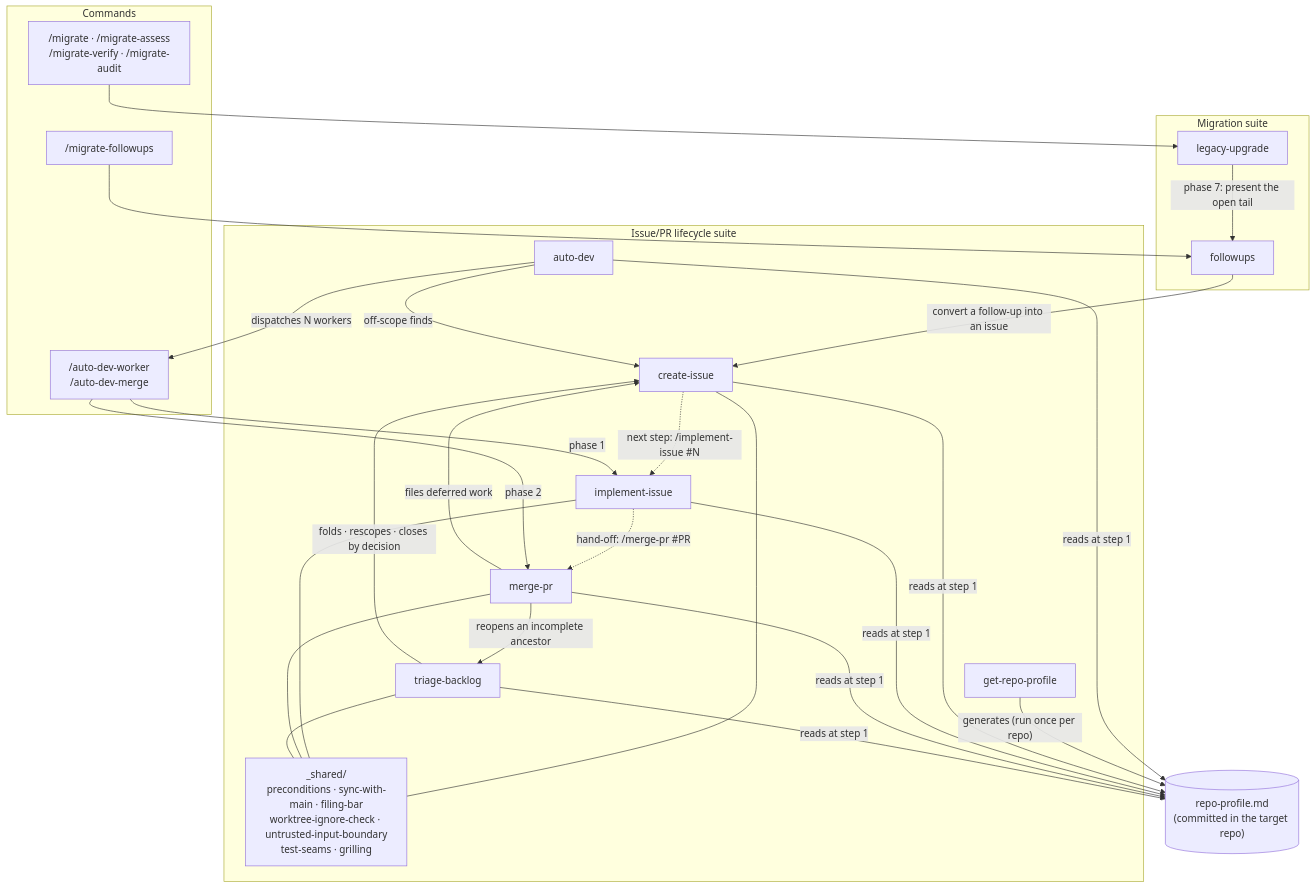
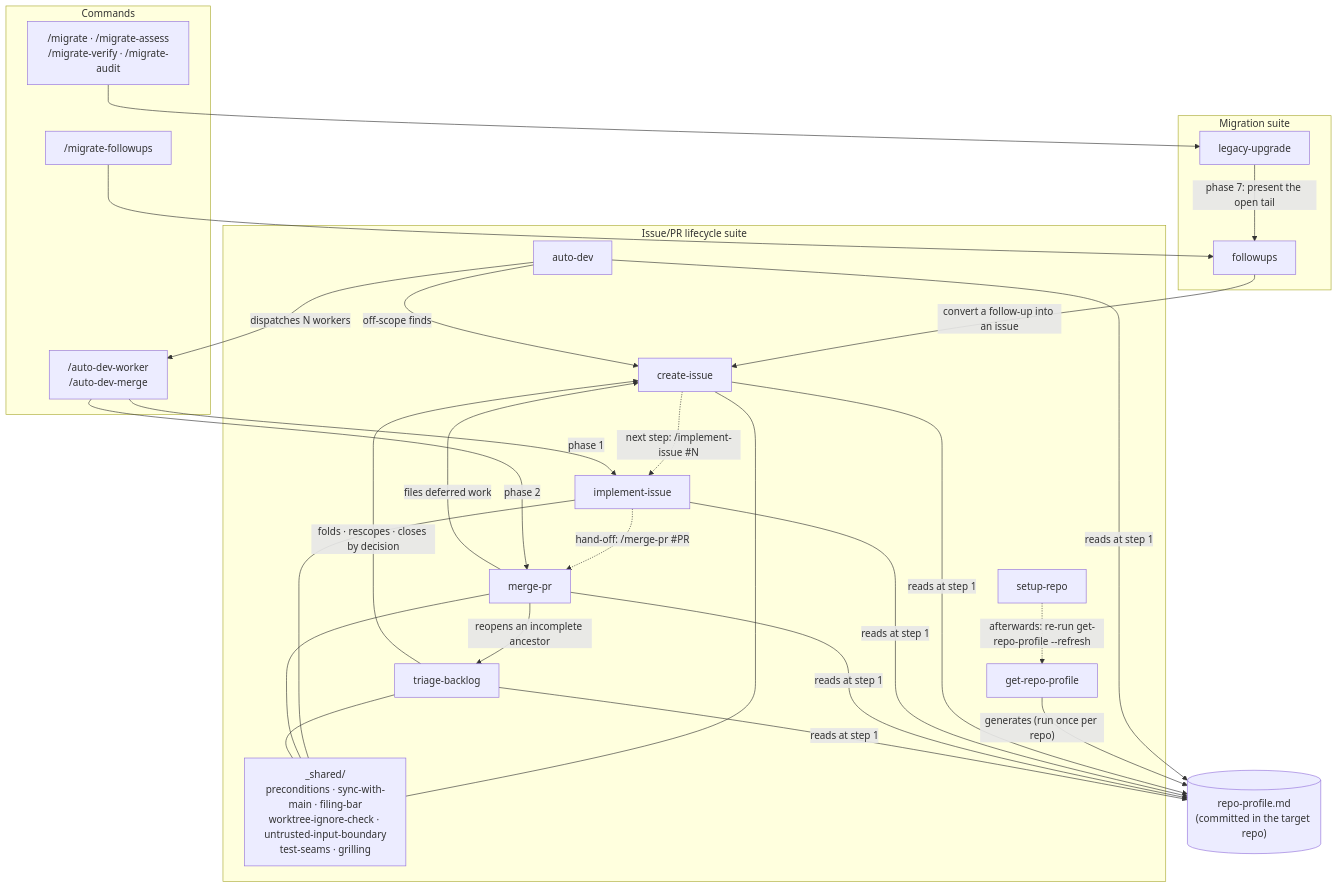
The first of 2 diagrams in ARCHITECTURE.md (phmatray/ai-migration-kit), drawn with Mermaid before and after one commit. The commit also changed other lines of this file, not shown here.

Commit message:
feat(docs): document setup-repo as its own skill in the architecture diagrams (#279)

````diff
--- a/ARCHITECTURE.md
+++ b/ARCHITECTURE.md
@@ -15,49 +15,51 @@
 ```mermaid
 graph TD
     subgraph commands ["Commands"]
         M["/migrate · /migrate-assess<br>/migrate-verify · /migrate-audit"]
         MF["/migrate-followups"]
         AW["/auto-dev-worker<br>/auto-dev-merge"]
     end
 
     subgraph migration ["Migration suite"]
         LU[legacy-upgrade]
         FU[followups]
     end
 
     subgraph lifecycle ["Issue/PR lifecycle suite"]
         AD[auto-dev]
         CI[create-issue]
         II[implement-issue]
         MP[merge-pr]
         TB[triage-backlog]
         RP[get-repo-profile]
+        SR[setup-repo]
         SH["_shared/<br>preconditions · sync-with-main · filing-bar<br>worktree-ignore-check · untrusted-input-boundary<br>test-seams · grilling"]
     end
 
     PROF[("repo-profile.md<br>(committed in the target repo)")]
 
     M --> LU
     MF --> FU
     LU -- "phase 7: present the open tail" --> FU
     FU -- "convert a follow-up into an issue" --> CI
     CI -. "next step: /implement-issue #N" .-> II
     II -. "hand-off: /merge-pr #PR" .-> MP
     MP -- "files deferred work" --> CI
     AD -- "dispatches N workers" --> AW
     AW -- "phase 1" --> II
     AW -- "phase 2" --> MP
     AD -- "off-scope finds" --> CI
     AD -- "reads at step 1" --> PROF
     RP -- "generates (run once per repo)" --> PROF
+    SR -. "afterwards: re-run get-repo-profile --refresh" .-> RP
     CI -- "reads at step 1" --> PROF
     II -- "reads at step 1" --> PROF
     MP -- "reads at step 1" --> PROF
     MP -- "reopens an incomplete ancestor" --> TB
     TB -- "folds · rescopes · closes by decision" --> CI
     TB -- "reads at step 1" --> PROF
     CI --- SH
     II --- SH
     MP --- SH
     TB --- SH
 ```
````
